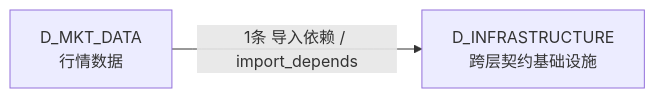
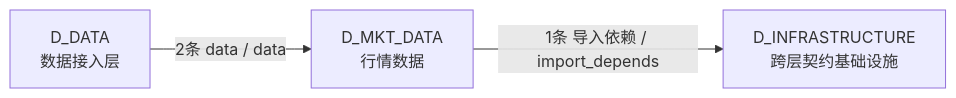
One commit to xuanFelixVan/ZephyrAlpha changed the fourth of 4 diagrams in docs/02_enterprise_architecture/02_domain_architecture_docs/20_d_mkt_data.md. Above: the diagram before and after it, drawn with Mermaid. The commit also changed other lines of this file and 87 other files, not shown here.

````diff
--- a/docs/02_enterprise_architecture/02_domain_architecture_docs/20_d_mkt_data.md
+++ b/docs/02_enterprise_architecture/02_domain_architecture_docs/20_d_mkt_data.md
@@ -158,6 +166,8 @@
 ```mermaid
 graph LR
     D_MKT_DATA["D_MKT_DATA<br/>行情数据"]
     D_INFRASTRUCTURE["D_INFRASTRUCTURE<br/>跨层契约基础设施"]
+    D_DATA["D_DATA<br/>数据接入层"]
     D_MKT_DATA -->|1条 导入依赖 / import_depends| D_INFRASTRUCTURE
+    D_DATA -->|2条 data / data| D_MKT_DATA
 ```
````
